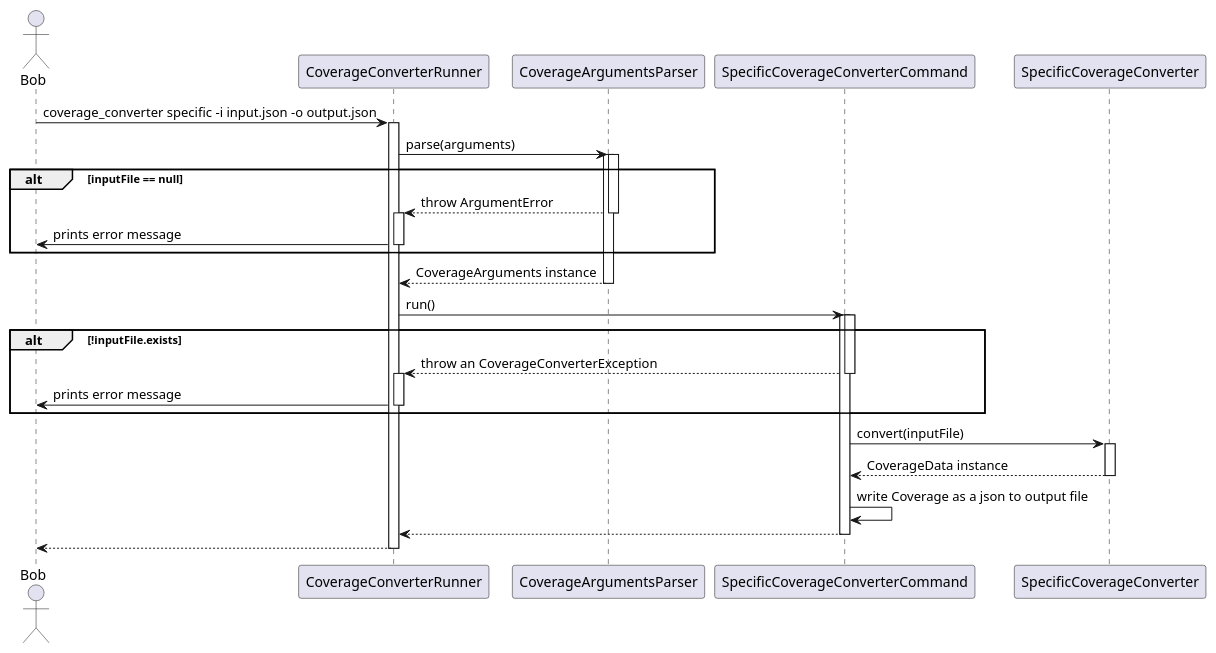
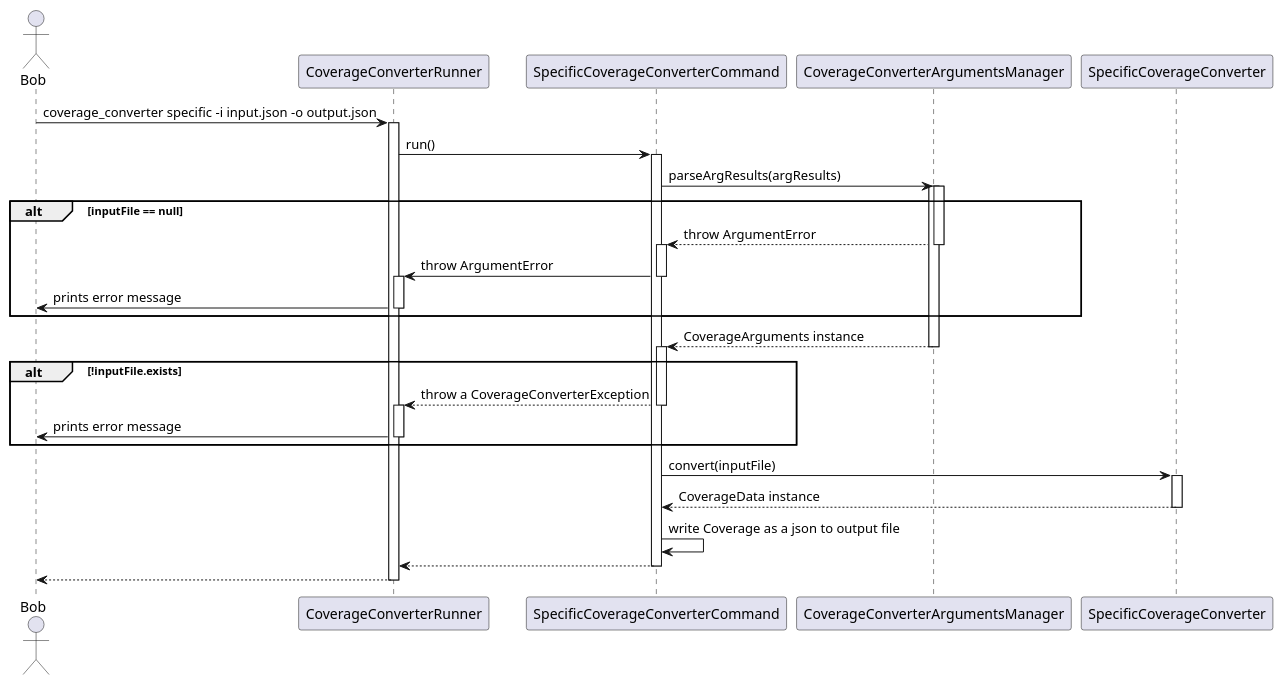
Before and after one commit to Flank/flank-dashboard: the diagram in metrics/coverage_converter/docs/diagrams/coverage_sequence_diagram.puml, drawn with PlantUML. The commit also changed 3 other files, not shown here.

First line of the commit message:
feat: Improve coverage arguments parsing design (#740)

```diff
--- a/metrics/coverage_converter/docs/diagrams/coverage_sequence_diagram.puml
+++ b/metrics/coverage_converter/docs/diagrams/coverage_sequence_diagram.puml
@@ -1,51 +1,56 @@
 @startuml coverage_sequence_diagram
-
 
 actor Bob
 
-
 participant CoverageConverterRunner
-participant CoverageArgumentsParser
 participant SpecificCoverageConverterCommand
+participant CoverageConverterArgumentsManager
 participant SpecificCoverageConverter
-
 
 Bob -> CoverageConverterRunner : coverage_converter specific -i input.json -o output.json
 
 activate CoverageConverterRunner
-CoverageConverterRunner -> CoverageArgumentsParser : parse(arguments)
-activate CoverageArgumentsParser
-
-alt inputFile == null
-activate CoverageArgumentsParser
-
-return throw ArgumentError
-activate CoverageConverterRunner
-CoverageConverterRunner -> Bob: prints error message
-deactivate CoverageConverterRunner
-
-end 
-
-return CoverageArguments instance
 CoverageConverterRunner -> SpecificCoverageConverterCommand : run()
 activate SpecificCoverageConverterCommand
 
+SpecificCoverageConverterCommand -> CoverageConverterArgumentsManager : parseArgResults(argResults)
+activate CoverageConverterArgumentsManager
+
+
+alt inputFile == null
+    activate CoverageConverterArgumentsManager
+
+    return throw ArgumentError
+    activate SpecificCoverageConverterCommand
+    SpecificCoverageConverterCommand -> CoverageConverterRunner: throw ArgumentError
+    deactivate SpecificCoverageConverterCommand
+    activate CoverageConverterRunner
+    CoverageConverterRunner -> Bob: prints error message
+    deactivate CoverageConverterRunner
+
+end
+
+return CoverageArguments instance
+
+
 alt !inputFile.exists
-activate SpecificCoverageConverterCommand
+    activate SpecificCoverageConverterCommand
 
-return throw an CoverageConverterException
-activate CoverageConverterRunner
+    SpecificCoverageConverterCommand --> CoverageConverterRunner: throw a CoverageConverterException
+    deactivate SpecificCoverageConverterCommand
 
-CoverageConverterRunner -> Bob : prints error message
-deactivate CoverageConverterRunner
+    activate CoverageConverterRunner
+
+    CoverageConverterRunner -> Bob : prints error message
+    deactivate CoverageConverterRunner
 
 end
 
 SpecificCoverageConverterCommand -> SpecificCoverageConverter : convert(inputFile)
 activate SpecificCoverageConverter
 return CoverageData instance
 SpecificCoverageConverterCommand -> SpecificCoverageConverterCommand : write Coverage as a json to output file
-return 
+return
 return
 
 @enduml
```
